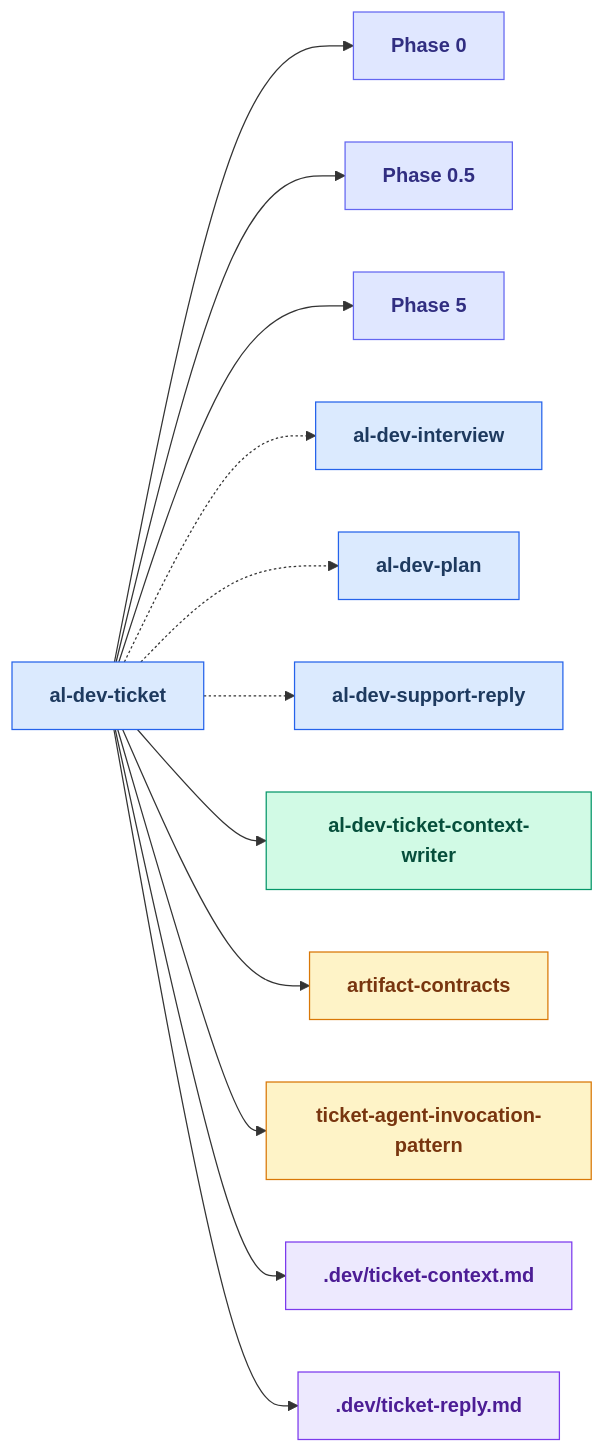
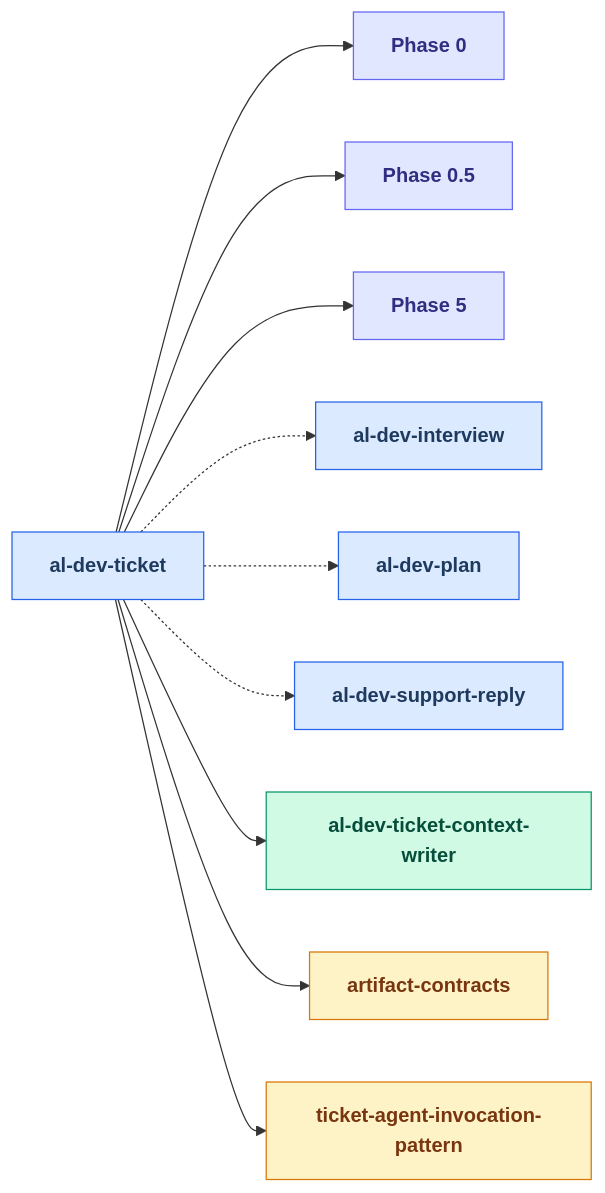
Before and after one commit to russell-laing/al-dev-shared: the second of 23 diagrams in docs/al-dev-skills-map.md, drawn with Mermaid. The commit also changed other lines of this file and 4 other files, not shown here.

````diff
--- a/docs/al-dev-skills-map.md
+++ b/docs/al-dev-skills-map.md
@@ -100,46 +100,40 @@
 ```mermaid
 flowchart LR
     classDef skillNode fill:#dbeafe,stroke:#2563eb,color:#1e3a5f,font-weight:bold
     classDef agentNode fill:#d1fae5,stroke:#059669,color:#064e3b,font-weight:bold
     classDef knowledgeNode fill:#fef3c7,stroke:#d97706,color:#78350f,font-weight:bold
     classDef artifactNode fill:#ede9fe,stroke:#7c3aed,color:#4c1d95,font-weight:bold
     classDef phaseNode fill:#e0e7ff,stroke:#6366f1,color:#312e81,font-weight:bold
 
     skill_al_dev_ticket[al-dev-ticket]
     Phase0["Phase 0"]
     Phase0_5["Phase 0.5"]
     Phase5["Phase 5"]
     skill_al_dev_interview[al-dev-interview]
     skill_al_dev_plan[al-dev-plan]
     skill_al_dev_support_reply[al-dev-support-reply]
     agent_al_dev_ticket_context_writer[al-dev-ticket-context-writer]
     knowledge_artifact_contracts_md[artifact-contracts]
     knowledge_ticket_agent_invocation_pattern_md[ticket-agent-invocation-pattern]
-    artifact_ticket_context_md[.dev/ticket-context.md]
-    artifact_ticket_reply_md[.dev/ticket-reply.md]
 
     skill_al_dev_ticket --> Phase0
     skill_al_dev_ticket --> Phase0_5
     skill_al_dev_ticket --> Phase5
     skill_al_dev_ticket -.-> skill_al_dev_interview
     skill_al_dev_ticket -.-> skill_al_dev_plan
     skill_al_dev_ticket -.-> skill_al_dev_support_reply
     skill_al_dev_ticket --> agent_al_dev_ticket_context_writer
     skill_al_dev_ticket --> knowledge_artifact_contracts_md
     skill_al_dev_ticket --> knowledge_ticket_agent_invocation_pattern_md
-    skill_al_dev_ticket --> artifact_ticket_context_md
-    skill_al_dev_ticket --> artifact_ticket_reply_md
 
     class skill_al_dev_ticket skillNode
     class Phase0 phaseNode
     class Phase0_5 phaseNode
     class Phase5 phaseNode
     class skill_al_dev_interview skillNode
     class skill_al_dev_plan skillNode
     class skill_al_dev_support_reply skillNode
     class agent_al_dev_ticket_context_writer agentNode
     class knowledge_artifact_contracts_md knowledgeNode
     class knowledge_ticket_agent_invocation_pattern_md knowledgeNode
-    class artifact_ticket_context_md artifactNode
-    class artifact_ticket_reply_md artifactNode
 ```
````
